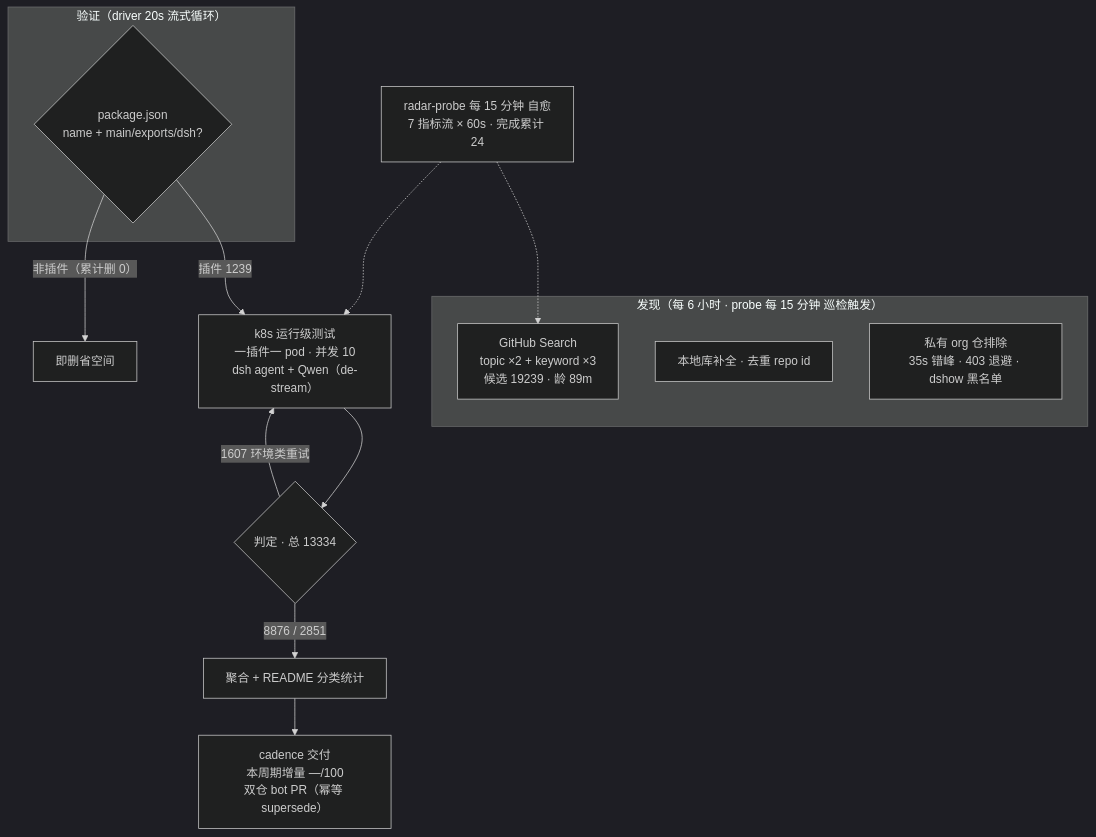
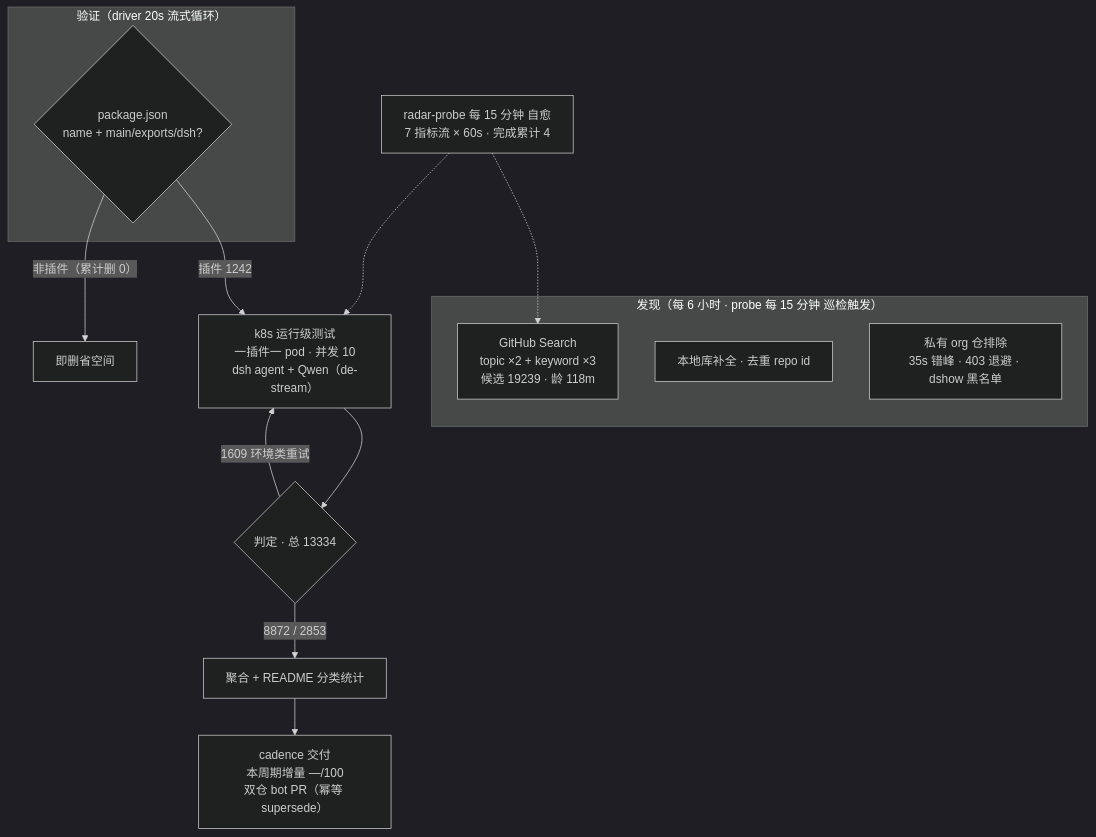
One commit to Zhidao-Lab-OSS/awesome-dsh-plugins changed the diagram in README.md. Above: the diagram before and after it, drawn with Mermaid (dark theme). The commit also changed other lines of this file and 1 other file, not shown here.

````diff
--- a/README.md
+++ b/README.md
@@ -58,20 +59,20 @@
 ```mermaid
 flowchart TB
     subgraph Discovery["发现（每 6 小时 · probe 每 15 分钟 巡检触发）"]
-        A1["GitHub Search<br/>topic ×2 + keyword ×3<br/>候选 19239 · 龄 89m"]
+        A1["GitHub Search<br/>topic ×2 + keyword ×3<br/>候选 19239 · 龄 118m"]
         A2["本地库补全 · 去重 repo id"]
         A3["私有 org 仓排除<br/>35s 错峰 · 403 退避 · dshow 黑名单"]
     end
     subgraph Validation["验证（driver 20s 流式循环）"]
         B1{"package.json<br/>name + main/exports/dsh?"}
     end
-    B1 -->|"插件 1239"| C1["k8s 运行级测试<br/>一插件一 pod · 并发 10<br/>dsh agent + Qwen（de-stream）"]
+    B1 -->|"插件 1242"| C1["k8s 运行级测试<br/>一插件一 pod · 并发 10<br/>dsh agent + Qwen（de-stream）"]
     B1 -->|"非插件（累计删 0）"| B3["即删省空间"]
     C1 --> D1{"判定 · 总 13334"}
-    D1 -->|"8876 / 2851"| E1["聚合 + README 分类统计"]
-    D1 -->|"1607 环境类重试"| C1
+    D1 -->|"8872 / 2853"| E1["聚合 + README 分类统计"]
+    D1 -->|"1609 环境类重试"| C1
     E1 --> E2["cadence 交付<br/>本周期增量 —/100<br/>双仓 bot PR（幂等 supersede）"]
-    M["radar-probe 每 15 分钟 自愈<br/>7 指标流 × 60s · 完成累计 24"]
+    M["radar-probe 每 15 分钟 自愈<br/>7 指标流 × 60s · 完成累计 4"]
     M -.-> A1
     M -.-> C1
 ```
````
